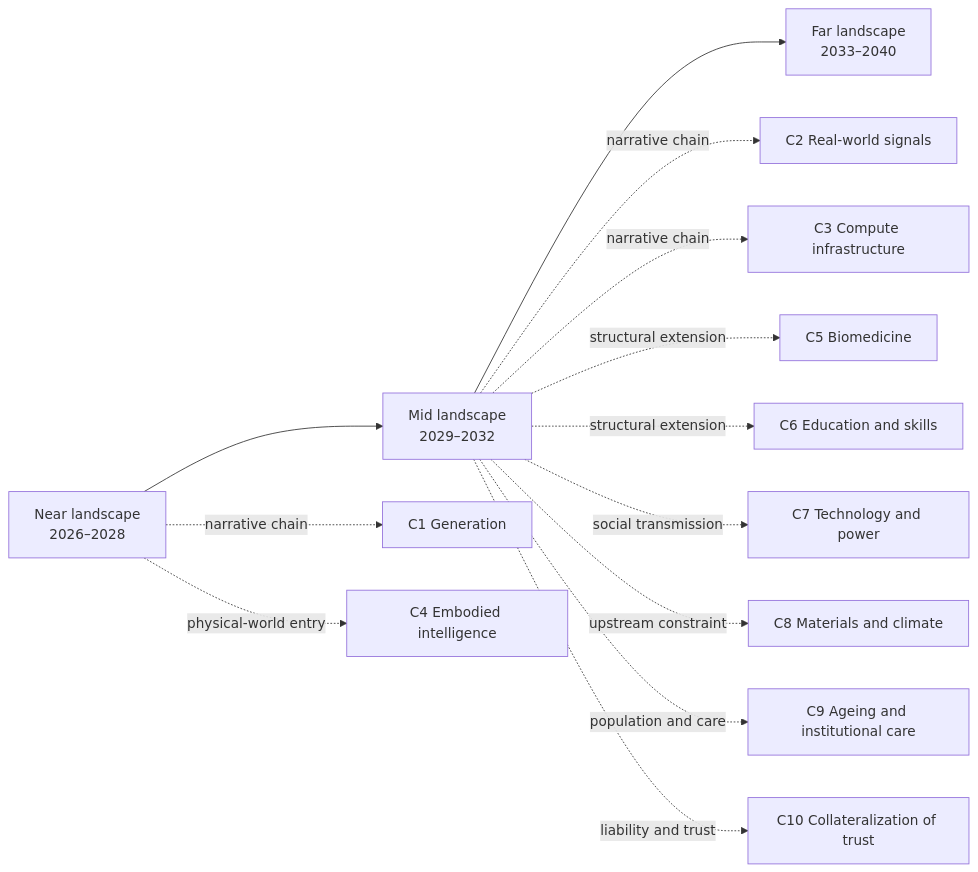
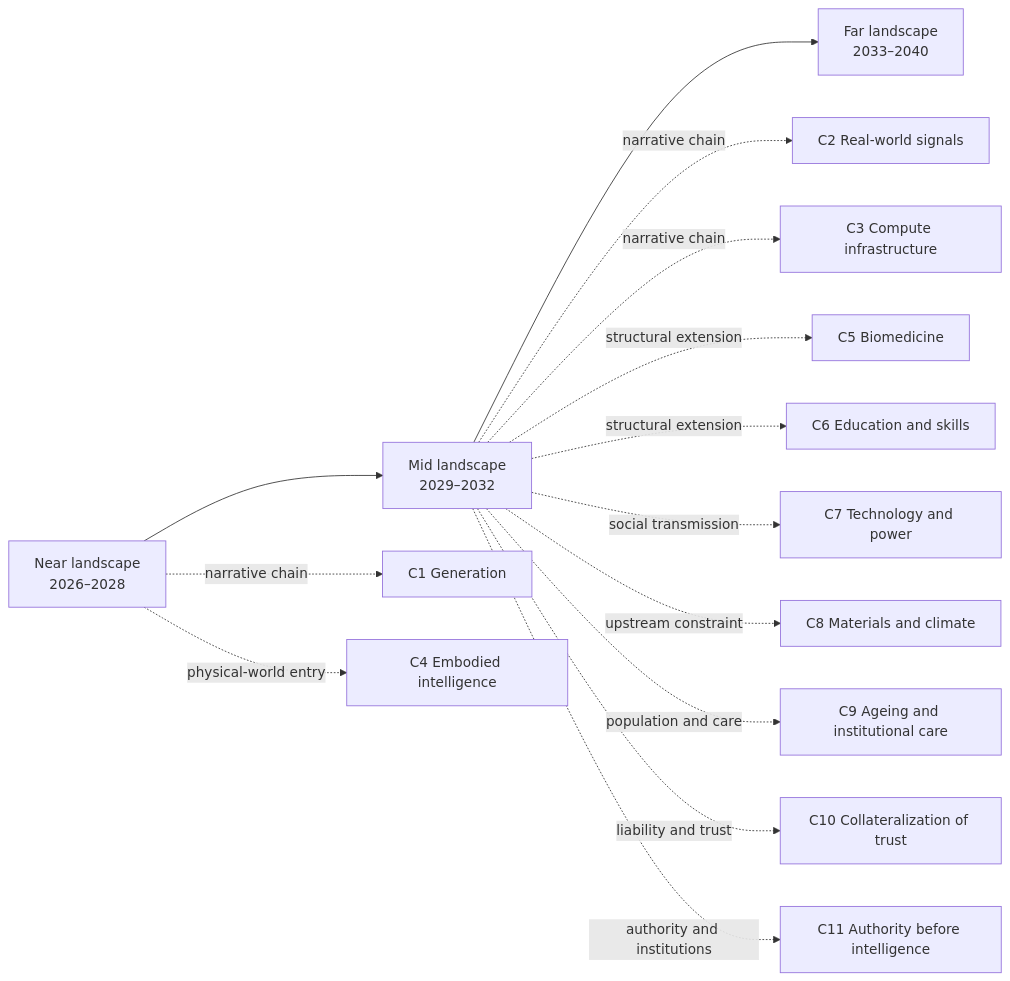
Before and after one commit to SenZhangAI/foresight-by-ai: the diagram in README.en.md, drawn with Mermaid. The commit also changed other lines of this file and 7 other files, not shown here.

````diff
--- a/README.en.md
+++ b/README.en.md
@@ -108,15 +111,16 @@
 ```mermaid
 flowchart LR
   N[Near landscape\n2026–2028] --> M[Mid landscape\n2029–2032]
   M --> F[Far landscape\n2033–2040]
   N -.narrative chain.-> C1[C1 Generation]
   M -.narrative chain.-> C2[C2 Real-world signals]
   M -.narrative chain.-> C3[C3 Compute infrastructure]
   N -.physical-world entry.-> C4[C4 Embodied intelligence]
   M -.structural extension.-> C5[C5 Biomedicine]
   M -.structural extension.-> C6[C6 Education and skills]
   M -.social transmission.-> C7[C7 Technology and power]
   M -.upstream constraint.-> C8[C8 Materials and climate]
   M -.population and care.-> C9[C9 Ageing and institutional care]
   M -.liability and trust.-> C10[C10 Collateralization of trust]
+  M -.authority and institutions.-> C11[C11 Authority before intelligence]
 ```
````
